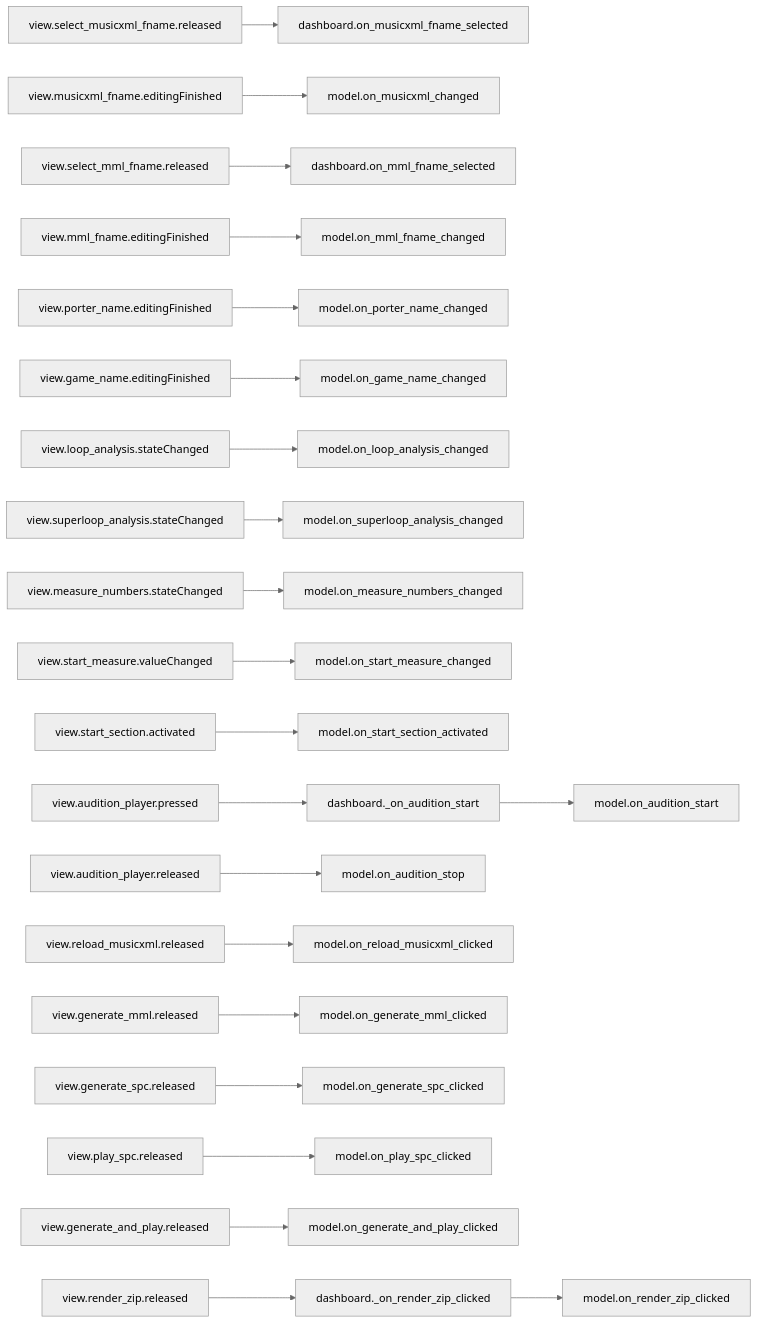
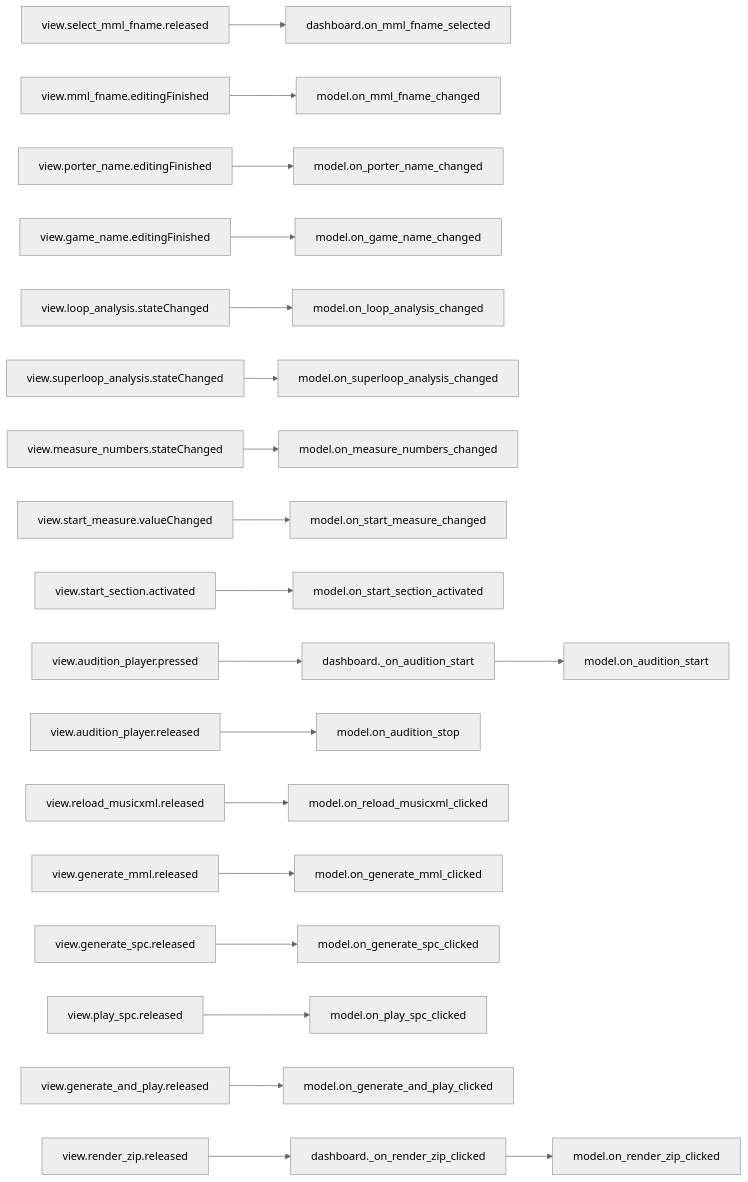
Before and after one commit to com-posers-pit/smw_music: the third of 10 diagrams in doc/source/dashboard_signal_slot_map.rst, drawn with Mermaid (neutral theme). The commit also changed 1 other file, not shown here.

Commit message:
Remove no-longer-used signal/slot connections
Now playing:
Uncut Gems by Daniel Lopatin

```diff
--- a/doc/source/dashboard_signal_slot_map.rst
+++ b/doc/source/dashboard_signal_slot_map.rst
@@ -61,22 +61,20 @@
 .. mermaid::
 
    flowchart LR
-      view.select_musicxml_fname.released --> dashboard.on_musicxml_fname_selected
-      view.musicxml_fname.editingFinished --> model.on_musicxml_changed
       view.select_mml_fname.released --> dashboard.on_mml_fname_selected
       view.mml_fname.editingFinished --> model.on_mml_fname_changed
       view.porter_name.editingFinished --> model.on_porter_name_changed
       view.game_name.editingFinished --> model.on_game_name_changed
       view.loop_analysis.stateChanged --> model.on_loop_analysis_changed
       view.superloop_analysis.stateChanged --> model.on_superloop_analysis_changed
       view.measure_numbers.stateChanged --> model.on_measure_numbers_changed
       view.start_measure.valueChanged --> model.on_start_measure_changed
       view.start_section.activated --> model.on_start_section_activated
       view.audition_player.pressed --> dashboard._on_audition_start --> model.on_audition_start
       view.audition_player.released --> model.on_audition_stop
       view.reload_musicxml.released --> model.on_reload_musicxml_clicked
       view.generate_mml.released --> model.on_generate_mml_clicked
       view.generate_spc.released --> model.on_generate_spc_clicked
       view.play_spc.released --> model.on_play_spc_clicked
       view.generate_and_play.released --> model.on_generate_and_play_clicked
       view.render_zip.released --> dashboard._on_render_zip_clicked --> model.on_render_zip_clicked
```
